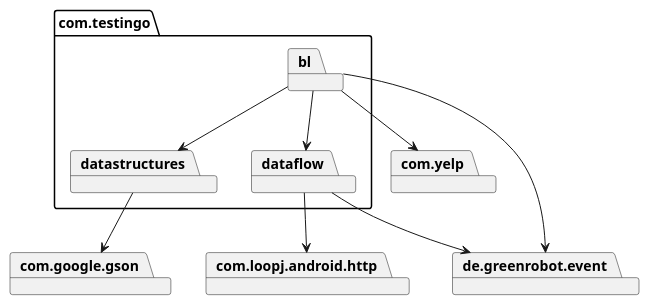
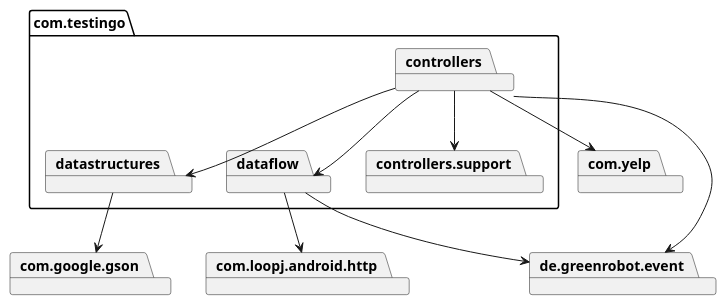
The diagram in app/src/main/assets/uml/packages.puml (rokhlin/testingo), drawn with PlantUML before and after one commit. The commit also changed 10 other files, not shown here.

```diff
--- a/app/src/main/assets/uml/packages.puml
+++ b/app/src/main/assets/uml/packages.puml
@@ -1,21 +1,24 @@
 @startuml
 
 package com.testingo {
-    package bl
+    package controllers
     package datastructures
     package dataflow
+    package controllers.support
 }
 package com.yelp
 package com.google.gson
 package de.greenrobot.event
 package com.loopj.android.http
 
-bl --> dataflow
-bl --> datastructures
-bl --> com.yelp
-bl --> de.greenrobot.event
+
+controllers --> controllers.support
+controllers --> dataflow
+controllers --> datastructures
+controllers --> com.yelp
+controllers --> de.greenrobot.event
 dataflow --> de.greenrobot.event
 dataflow --> com.loopj.android.http
 datastructures --> com.google.gson
 
 @enduml
```
